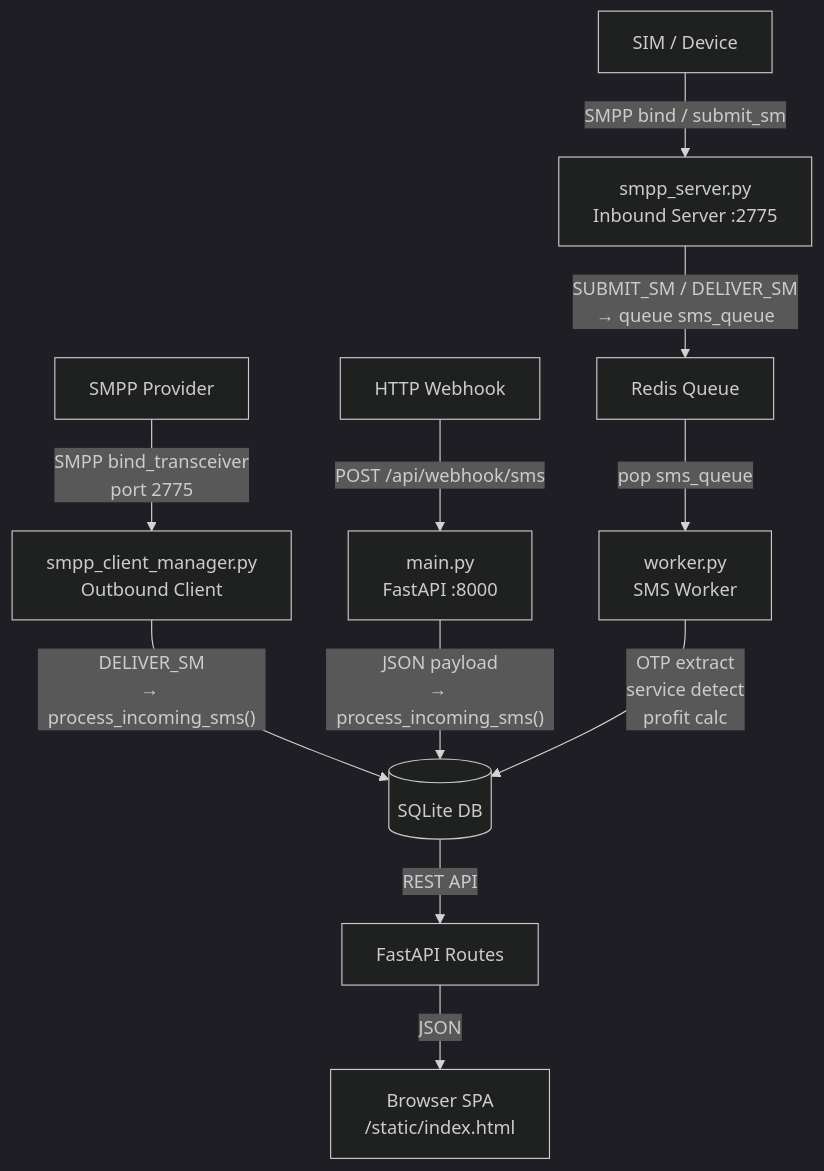
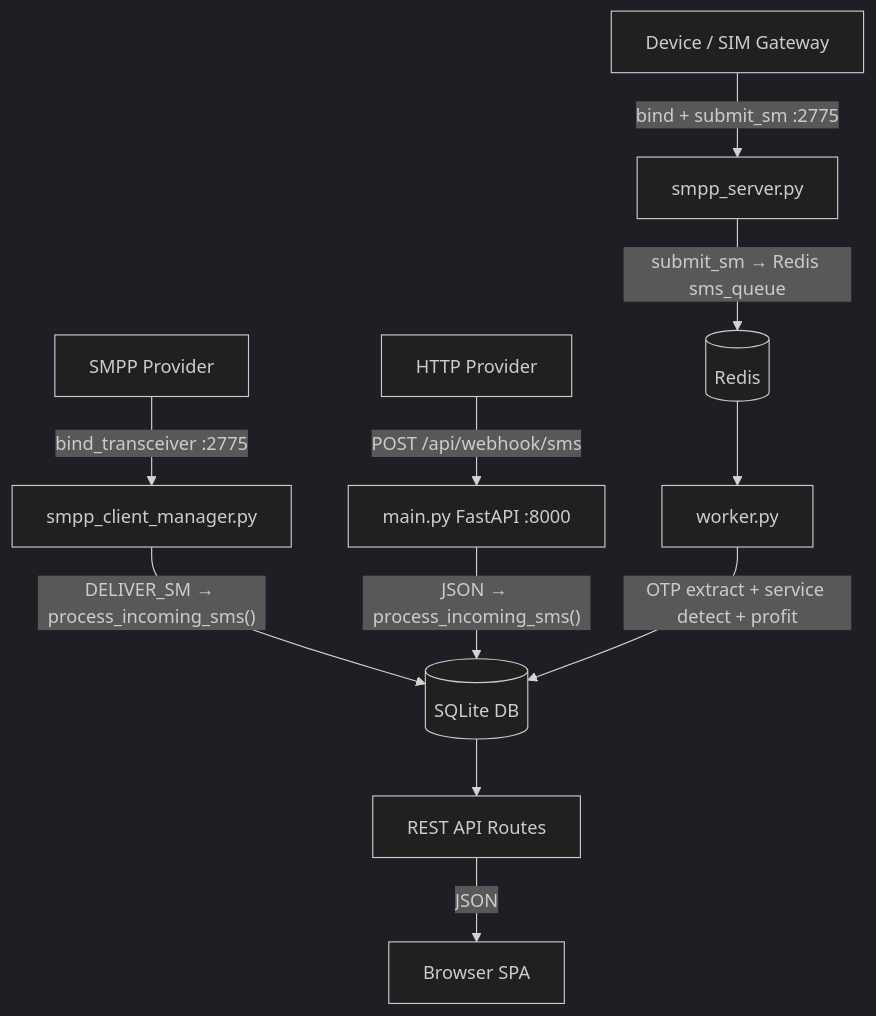
The first of 4 diagrams in README.md (Adnan5740/sigmapanel-ci), drawn with Mermaid (dark theme) before and after one commit. The commit also changed other lines of this file and 4 other files, not shown here.

Commit message:
fix: python3 in entrypoint/service, redis env in compose, webhook URL from server, full README

````diff
--- a/README.md
+++ b/README.md
@@ -9,16 +26,16 @@
 ```mermaid
 graph TD
-    A[SMPP Provider] -- "SMPP bind_transceiver\nport 2775" --> B[smpp_client_manager.py\nOutbound Client]
-    C[SIM / Device] -- "SMPP bind / submit_sm" --> D[smpp_server.py\nInbound Server :2775]
-    E[HTTP Webhook] -- "POST /api/webhook/sms" --> F[main.py\nFastAPI :8000]
+    A[SMPP Provider] -- "bind_transceiver :2775" --> B[smpp_client_manager.py]
+    C[Device / SIM Gateway] -- "bind + submit_sm :2775" --> D[smpp_server.py]
+    E[HTTP Provider] -- "POST /api/webhook/sms" --> F[main.py FastAPI :8000]
 
-    B -- "DELIVER_SM\n→ process_incoming_sms()" --> G[(SQLite DB)]
-    D -- "SUBMIT_SM / DELIVER_SM\n→ queue sms_queue" --> H[Redis Queue]
-    F -- "JSON payload\n→ process_incoming_sms()" --> G
+    B -- "DELIVER_SM → process_incoming_sms()" --> G[(SQLite DB)]
+    D -- "submit_sm → Redis sms_queue" --> H[(Redis)]
+    F -- "JSON → process_incoming_sms()" --> G
 
-    H -- "pop sms_queue" --> I[worker.py\nSMS Worker]
-    I -- "OTP extract\nservice detect\nprofit calc" --> G
+    H --> I[worker.py]
+    I -- "OTP extract + service detect + profit" --> G
 
-    G -- "REST API" --> J[FastAPI Routes]
-    J -- "JSON" --> K[Browser SPA\n/static/index.html]
+    G --> J[REST API Routes]
+    J -- "JSON" --> K[Browser SPA]
 ```
````
